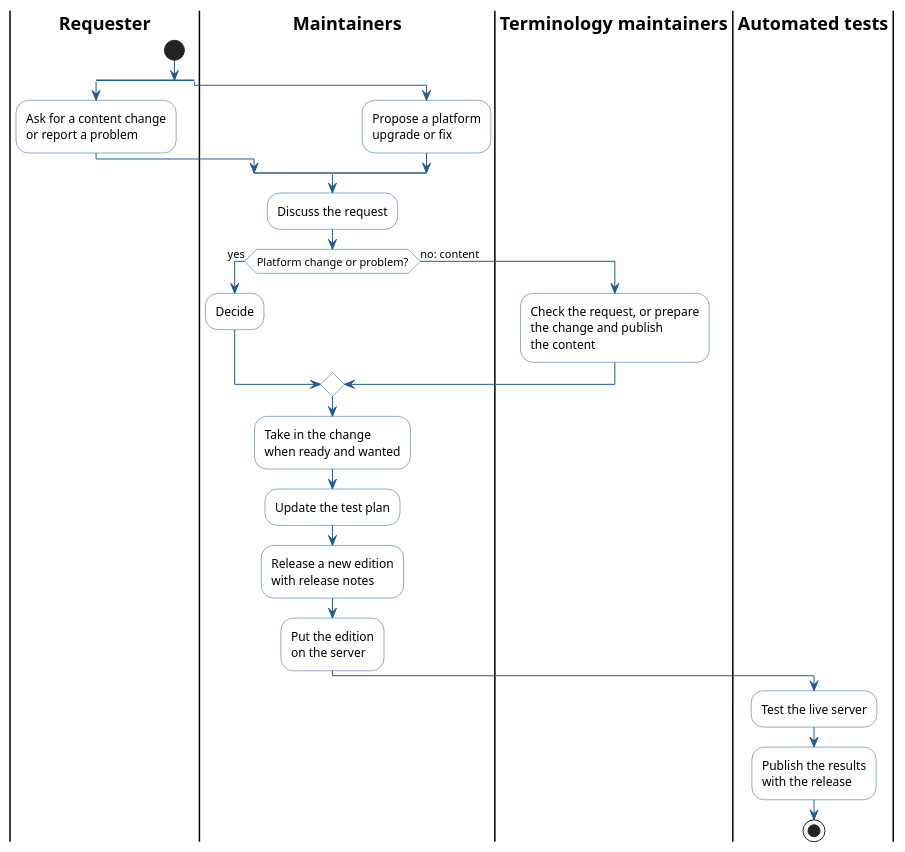
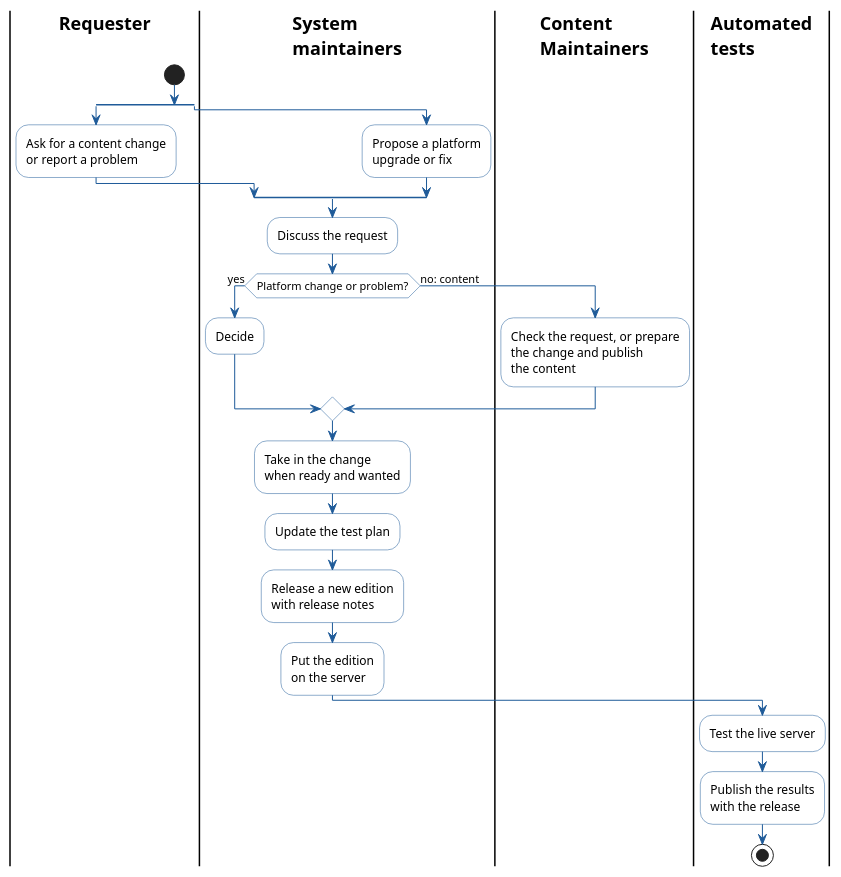
The diagram in docs/index.md (hl7-eu/tx.hl7europe.eu), drawn with PlantUML before and after one commit.

Commit message:
Home diagram: lanes Requester, System maintainers, Content maintainers

```diff
--- a/docs/index.md
+++ b/docs/index.md
@@ -25,45 +25,45 @@
 @startuml
 skinparam shadowing false
 skinparam defaultFontName Arial
 skinparam ActivityBackgroundColor #FFFFFF
 skinparam ActivityBorderColor #1F5B99
 skinparam ArrowColor #1F5B99
 skinparam SwimlaneTitleFontStyle bold
 |Requester|
-|Maintainers|
-|Terminology maintainers|
-|Automated tests|
+|System\nmaintainers|
+|Content\nMaintainers|
+|Automated\ntests|
 |Requester|
 start
 split
   :Ask for a content change
   or report a problem;
 split again
-  |Maintainers|
+  |System\nmaintainers|
   :Propose a platform
   upgrade or fix;
 end split
-|Maintainers|
+|System\nmaintainers|
 :Discuss the request;
 if (Platform change or problem?) then (yes)
   :Decide;
 else (no: content)
-  |Terminology maintainers|
+  |Content\nMaintainers|
   :Check the request, or prepare
   the change and publish
   the content;
-  |Maintainers|
+  |System\nmaintainers|
 endif
 :Take in the change
 when ready and wanted;
 :Update the test plan;
 :Release a new edition
 with release notes;
 :Put the edition
 on the server;
-|Automated tests|
+|Automated\ntests|
 :Test the live server;
 :Publish the results
 with the release;
 stop
 @enduml
```
